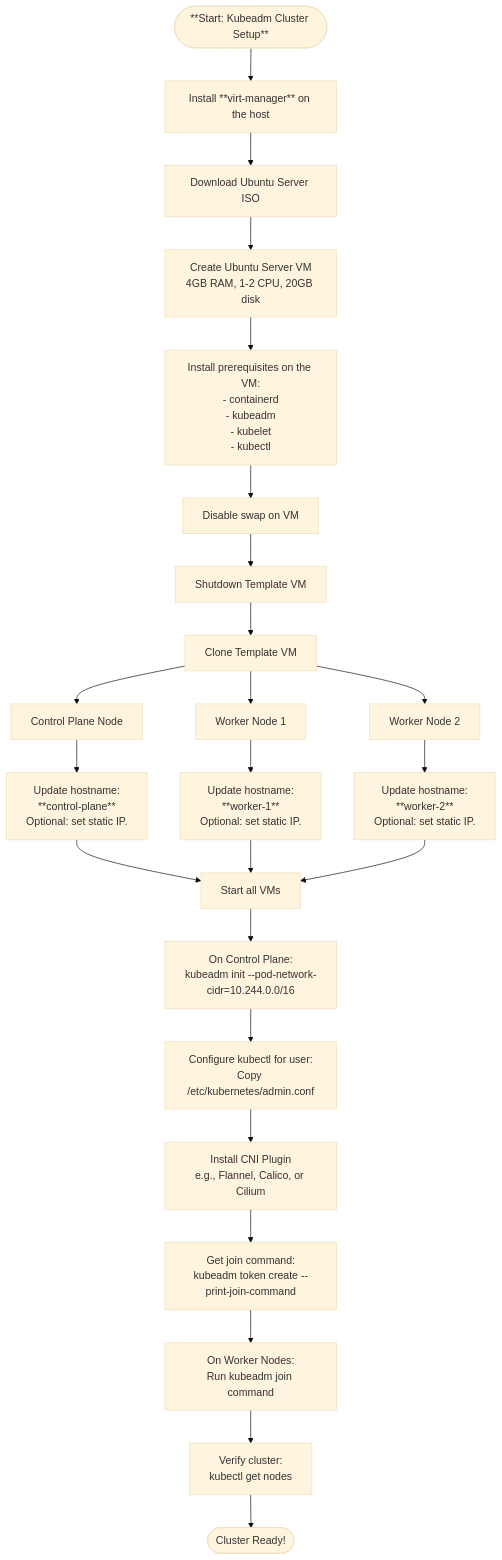
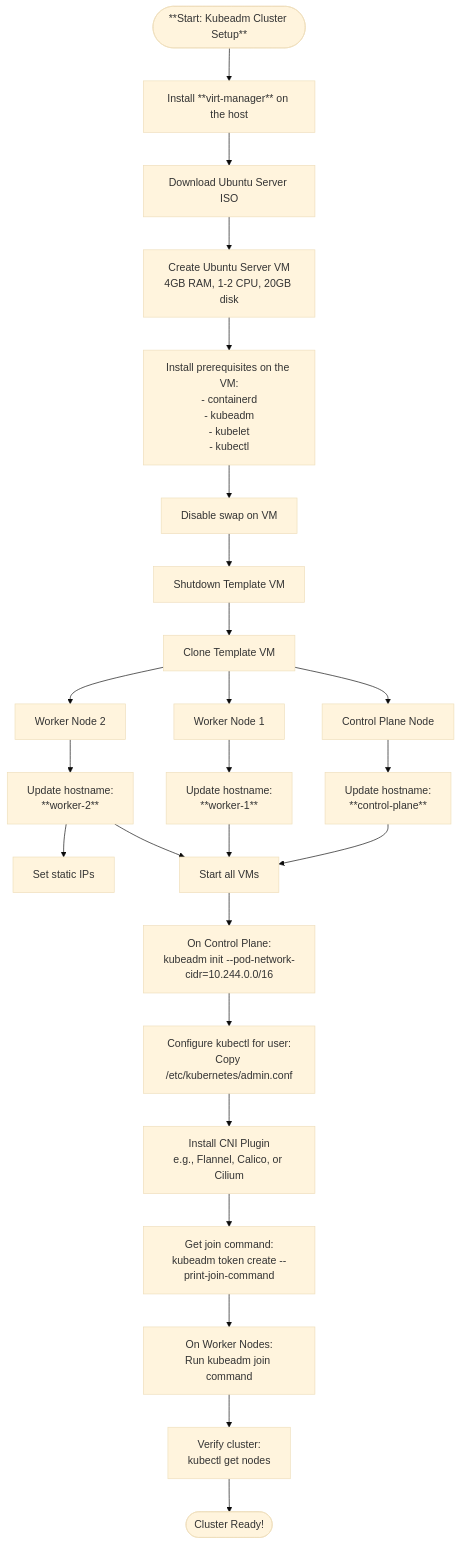
One commit to RobertoPrevato/K8sStudies changed the diagram in docs/kubeadm/index.md. Above: the diagram before and after it, drawn with Mermaid (base theme). The commit also changed other lines of this file, not shown here.

````diff
--- a/docs/kubeadm/index.md
+++ b/docs/kubeadm/index.md
@@ -79,32 +79,34 @@
 ```mermaid
 flowchart TD
     Start([**Start: Kubeadm Cluster Setup**]) --> VM1[Install **virt-manager** on the host]
     VM1 --> VM2[Download Ubuntu Server ISO]
     VM2 --> VM3[Create Ubuntu Server VM<br/>4GB RAM, 1-2 CPU, 20GB disk]
     VM3 --> VM4[Install prerequisites on the VM:<br/>- containerd<br/>- kubeadm<br/>- kubelet<br/>- kubectl]
     VM4 --> VM6[Disable swap on VM]
     VM6 --> VM8[Shutdown Template VM]
 
     VM8 --> Clone[Clone Template VM]
     Clone --> N1[Control Plane Node]
     Clone --> N2[Worker Node 1]
     Clone --> N3[Worker Node 2]
 
-    N1 --> CP1[Update hostname:<br/>**control-plane**<br/>Optional: set static IP.]
-    N2 --> W1[Update hostname:<br/>**worker-1**<br/>Optional: set static IP.]
-    N3 --> W2[Update hostname:<br/>**worker-2**<br/>Optional: set static IP.]
+    N1 --> CP1[Update hostname:<br/>**control-plane**]
+    N2 --> W1[Update hostname:<br/>**worker-1**]
+    N3 --> W2[Update hostname:<br/>**worker-2**]
+
+    W2 --> W3[Set static IPs]
 
     CP1 --> CP2[Start all VMs]
     W1 --> CP2
     W2 --> CP2
 
     CP2 --> CP3[On Control Plane:<br/>kubeadm init --pod-network-cidr=10.244.0.0/16]
     CP3 --> CP4[Configure kubectl for user:<br/>Copy /etc/kubernetes/admin.conf]
     CP4 --> CP5[Install CNI Plugin<br/>e.g., Flannel, Calico, or Cilium]
     CP5 --> CP6[Get join command:<br/>kubeadm token create --print-join-command]
 
     CP6 --> Join[On Worker Nodes:<br/>Run kubeadm join command]
 
     Join --> Verify[Verify cluster:<br/>kubectl get nodes]
     Verify --> Complete([Cluster Ready!])
 ```
````
